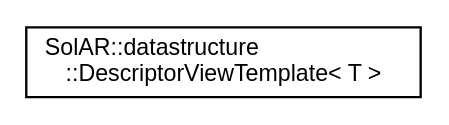
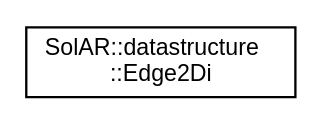
The diagram in api_documentation/inherit_graph_16.dot (SolarFramework/solarframework.github.io), drawn with Graphviz before and after one commit. The commit also changed 66 other files, not shown here.

```diff
--- a/api_documentation/inherit_graph_16.dot
+++ b/api_documentation/inherit_graph_16.dot
@@ -1,8 +1,8 @@
 digraph "Graphical Class Hierarchy"
 {
  // LATEX_PDF_SIZE
   edge [fontname="Helvetica",fontsize="10",labelfontname="Helvetica",labelfontsize="10"];
   node [fontname="Helvetica",fontsize="10",shape=record];
   rankdir="LR";
-  Node0 [label="SolAR::datastructure\l::DescriptorViewTemplate\< T \>",height=0.2,width=0.4,color="black", fillcolor="white", style="filled",URL="$class_sol_a_r_1_1datastructure_1_1_descriptor_view_template.html",tooltip=" "];
+  Node0 [label="SolAR::datastructure\l::Edge2Di",height=0.2,width=0.4,color="black", fillcolor="white", style="filled",URL="$class_sol_a_r_1_1datastructure_1_1_edge2_di.html",tooltip="A 2D edge with coordinates defined with integers."];
 }
```
